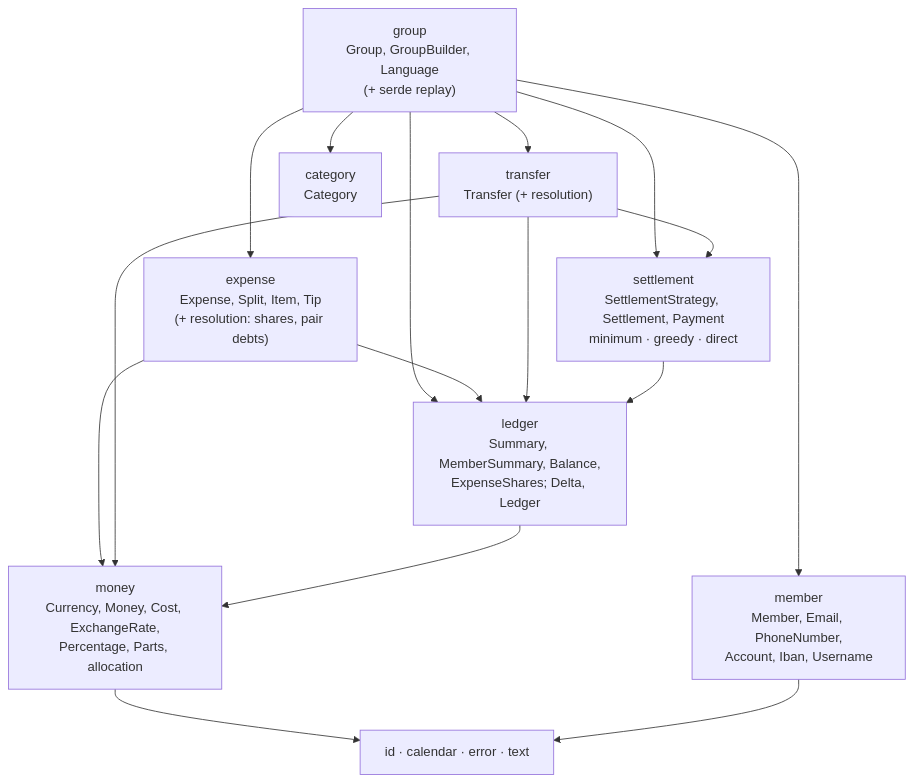
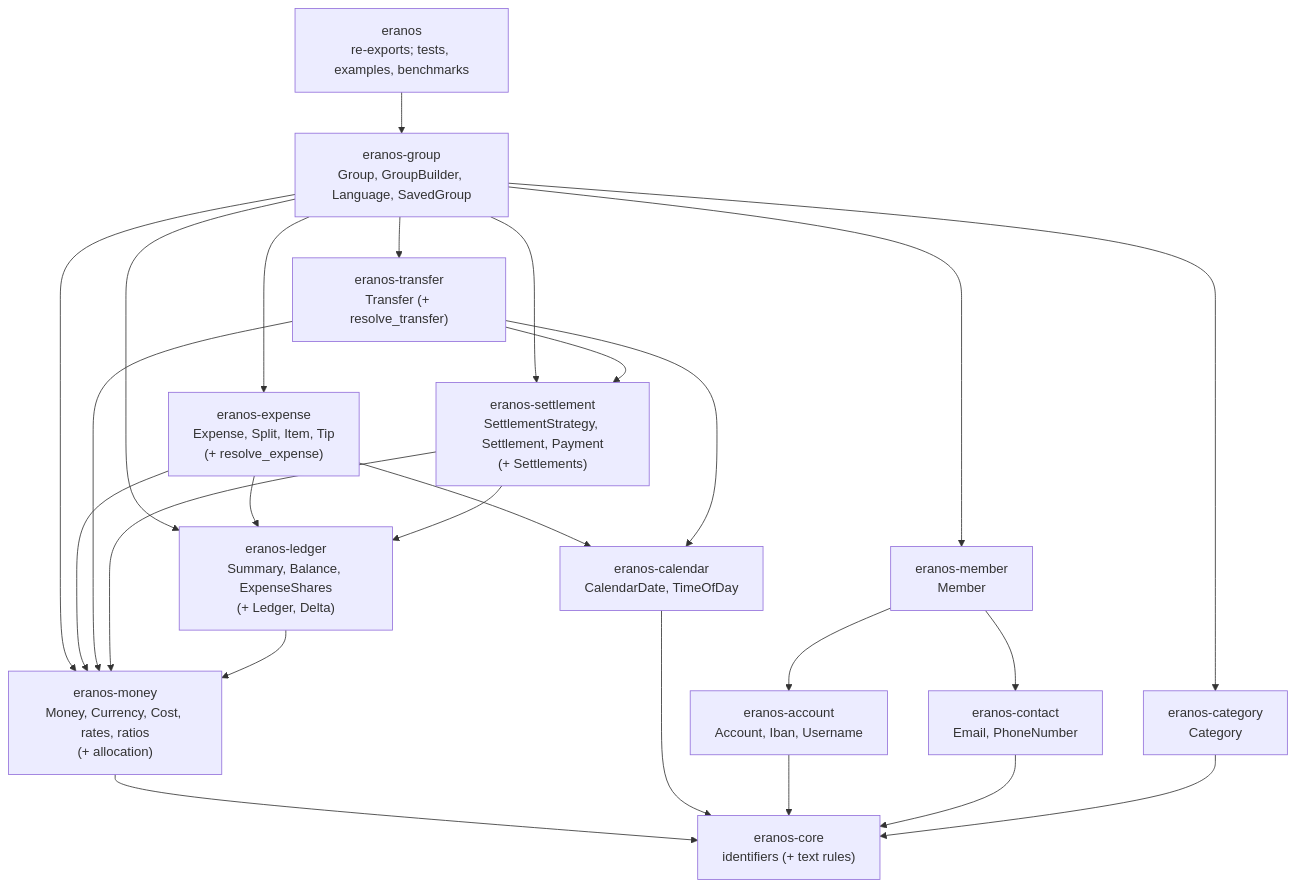
Before and after one commit to cristiancristea00/eranos: the first of 2 diagrams in docs/ARCHITECTURE.md, drawn with Mermaid. The commit also changed other lines of this file, not shown here.

````diff
--- a/docs/ARCHITECTURE.md
+++ b/docs/ARCHITECTURE.md
@@ -58,27 +64,40 @@
 ```mermaid
 flowchart TD
-    GROUP["group<br/>Group, GroupBuilder, Language<br/>(+ serde replay)"]
-    EXPENSE["expense<br/>Expense, Split, Item, Tip<br/>(+ resolution: shares, pair debts)"]
-    TRANSFER["transfer<br/>Transfer (+ resolution)"]
-    LEDGER["ledger<br/>Summary, MemberSummary, Balance,<br/>ExpenseShares; Delta, Ledger"]
-    SETTLEMENT["settlement<br/>SettlementStrategy, Settlement, Payment<br/>minimum · greedy · direct"]
-    MEMBER["member<br/>Member, Email, PhoneNumber,<br/>Account, Iban, Username"]
-    CATEGORY["category<br/>Category"]
-    MONEY["money<br/>Currency, Money, Cost, ExchangeRate,<br/>Percentage, Parts, allocation"]
-    BASE["id · calendar · error · text"]
+    FACADE["eranos<br/>re-exports; tests, examples, benchmarks"]
+    GROUP["eranos-group<br/>Group, GroupBuilder, Language, SavedGroup"]
+    EXPENSE["eranos-expense<br/>Expense, Split, Item, Tip<br/>(+ resolve_expense)"]
+    TRANSFER["eranos-transfer<br/>Transfer (+ resolve_transfer)"]
+    MEMBER["eranos-member<br/>Member"]
+    CATEGORY["eranos-category<br/>Category"]
+    SETTLEMENT["eranos-settlement<br/>SettlementStrategy, Settlement, Payment<br/>(+ Settlements)"]
+    ACCOUNT["eranos-account<br/>Account, Iban, Username"]
+    CONTACT["eranos-contact<br/>Email, PhoneNumber"]
+    LEDGER["eranos-ledger<br/>Summary, Balance, ExpenseShares<br/>(+ Ledger, Delta)"]
+    CALENDAR["eranos-calendar<br/>CalendarDate, TimeOfDay"]
+    MONEY["eranos-money<br/>Money, Currency, Cost, rates, ratios<br/>(+ allocation)"]
+    CORE["eranos-core<br/>identifiers (+ text rules)"]
+    FACADE --> GROUP
     GROUP --> EXPENSE
     GROUP --> TRANSFER
-    GROUP --> LEDGER
-    GROUP --> SETTLEMENT
     GROUP --> MEMBER
     GROUP --> CATEGORY
+    GROUP --> SETTLEMENT
+    GROUP --> LEDGER
+    GROUP --> MONEY
     EXPENSE --> LEDGER
-    TRANSFER --> LEDGER
+    EXPENSE --> CALENDAR
+    EXPENSE --> MONEY
     TRANSFER --> SETTLEMENT
+    TRANSFER --> CALENDAR
+    TRANSFER --> MONEY
+    MEMBER --> ACCOUNT
+    MEMBER --> CONTACT
     SETTLEMENT --> LEDGER
-    EXPENSE --> MONEY
-    TRANSFER --> MONEY
+    SETTLEMENT --> MONEY
     LEDGER --> MONEY
-    MONEY --> BASE
-    MEMBER --> BASE
+    MONEY --> CORE
+    CALENDAR --> CORE
+    ACCOUNT --> CORE
+    CONTACT --> CORE
+    CATEGORY --> CORE
 ```
````
